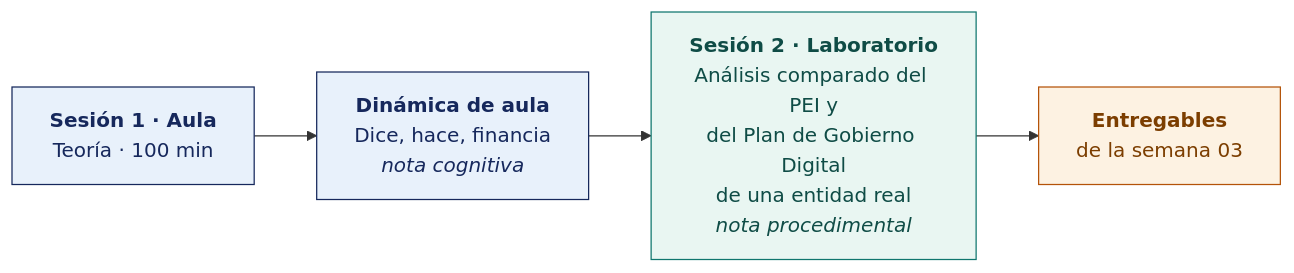
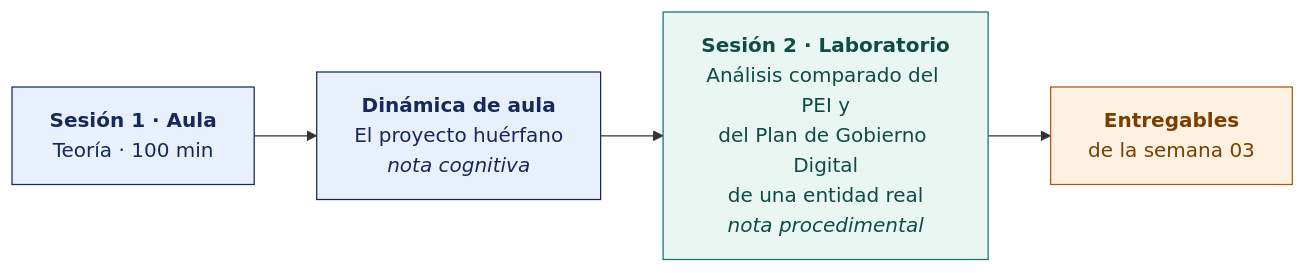
One commit to OscarJimenezFlores/PETI changed the diagram in SEMANA-03/README.md. Above: the diagram before and after it, drawn with Mermaid. The commit also changed other lines of this file and 13 other files, not shown here.

````diff
--- a/SEMANA-03/README.md
+++ b/SEMANA-03/README.md
@@ -49,14 +49,14 @@
 ```mermaid
 flowchart LR
     A["<b>Sesión 1 · Aula</b><br/>Teoría · 100 min"]
-    B["<b>Dinámica de aula</b><br/>Dice, hace, financia<br/><i>nota cognitiva</i>"]
+    B["<b>Dinámica de aula</b><br/>El proyecto huérfano<br/><i>nota cognitiva</i>"]
     C["<b>Sesión 2 · Laboratorio</b><br/>Análisis comparado del PEI y<br/>del Plan de Gobierno Digital<br/>de una entidad real<br/><i>nota procedimental</i>"]
     D["<b>Entregables</b><br/>de la semana 03"]
     A --> B --> C --> D
     classDef aula fill:#E8F1FB,stroke:#16285C,stroke-width:1px,color:#16285C;
     classDef lab fill:#E9F6F2,stroke:#0F766E,stroke-width:1px,color:#0F4C46;
     classDef ent fill:#FDF2E2,stroke:#B45309,stroke-width:1px,color:#7C3E00;
     class A,B aula;
     class C lab;
     class D ent;
 ```
````
